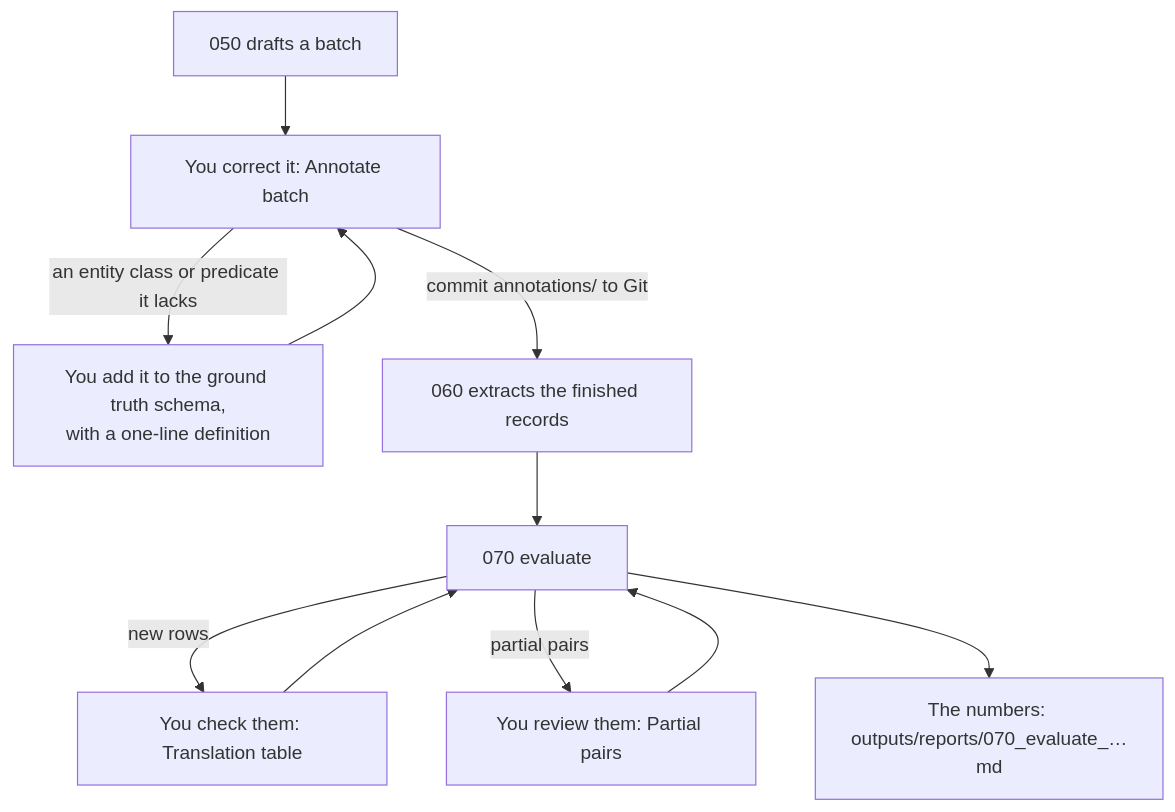
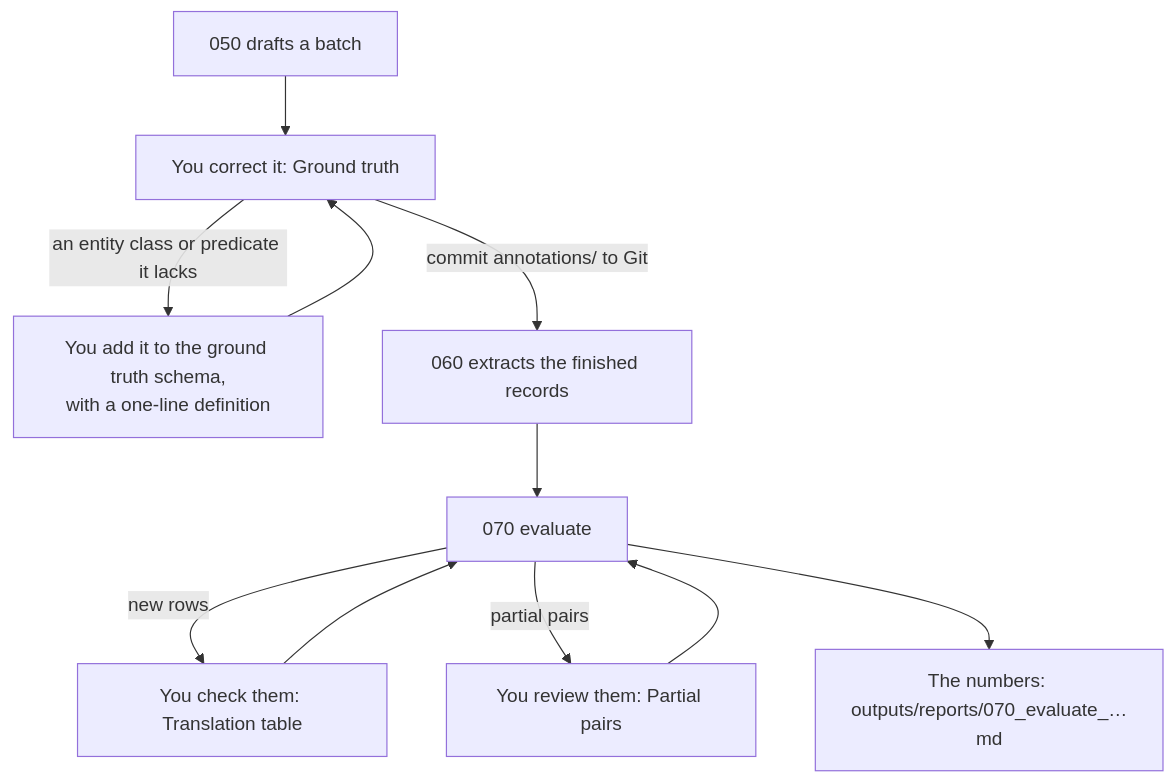
Before and after one commit to iulia-iordanescu/datanasagov_KG_proj: the third of 5 diagrams in docs/pipeline_in_pictures.md, drawn with Mermaid. The commit also changed 5 other files, not shown here.

````diff
--- a/docs/pipeline_in_pictures.md
+++ b/docs/pipeline_in_pictures.md
@@ -70,13 +70,13 @@
 ```mermaid
 flowchart TD
-    D["050 drafts a batch"] --> C["You correct it: Annotate batch"]
+    D["050 drafts a batch"] --> C["You correct it: Ground truth"]
     C -->|"an entity class or predicate it lacks"| GS["You add it to the ground truth schema,<br/>with a one-line definition"]
     GS --> C
     C -->|"commit annotations/ to Git"| E["060 extracts the finished records"]
     E --> V["070 evaluate"]
     V -->|"new rows"| T["You check them: Translation table"]
     T --> V
     V -->|"partial pairs"| R["You review them: Partial pairs"]
     R --> V
     V --> N["The numbers: outputs/reports/070_evaluate_…md"]
 ```
````
